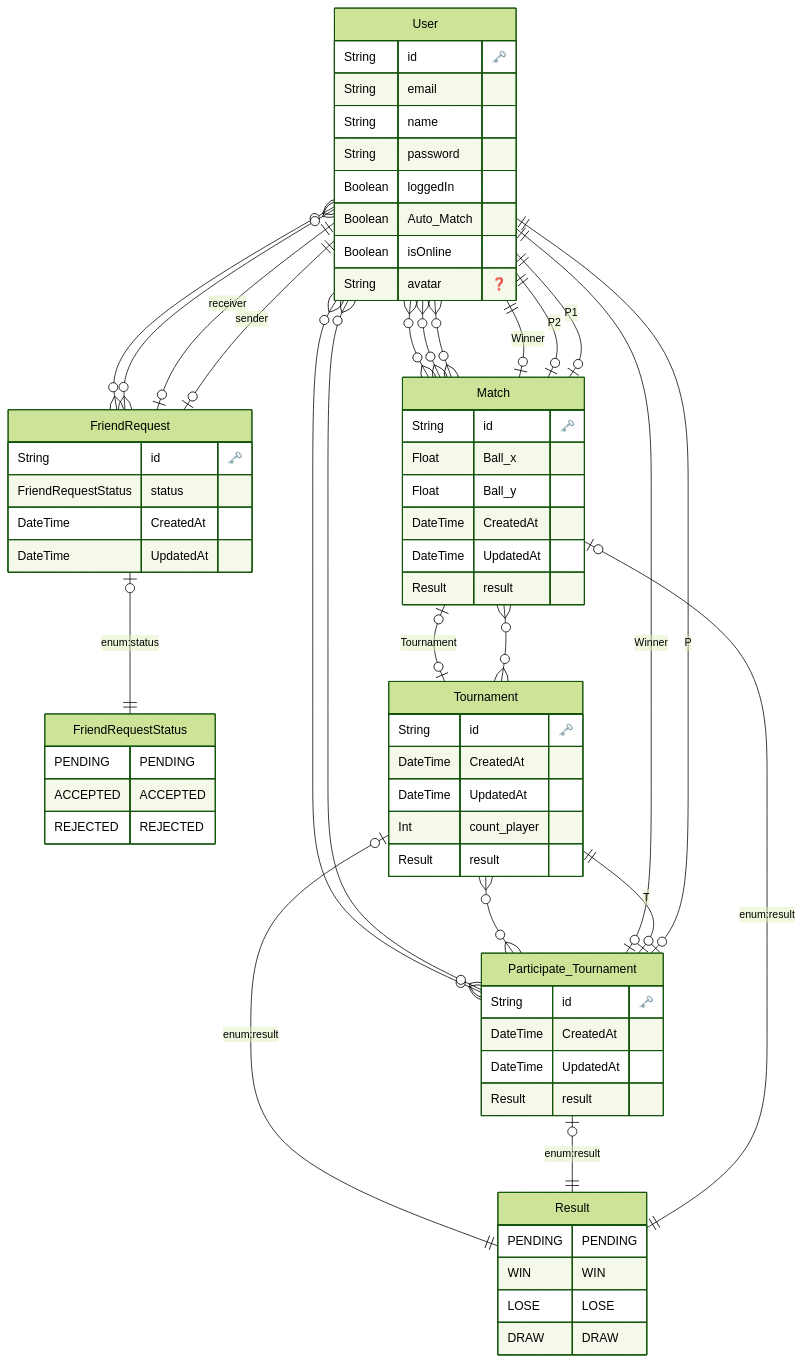
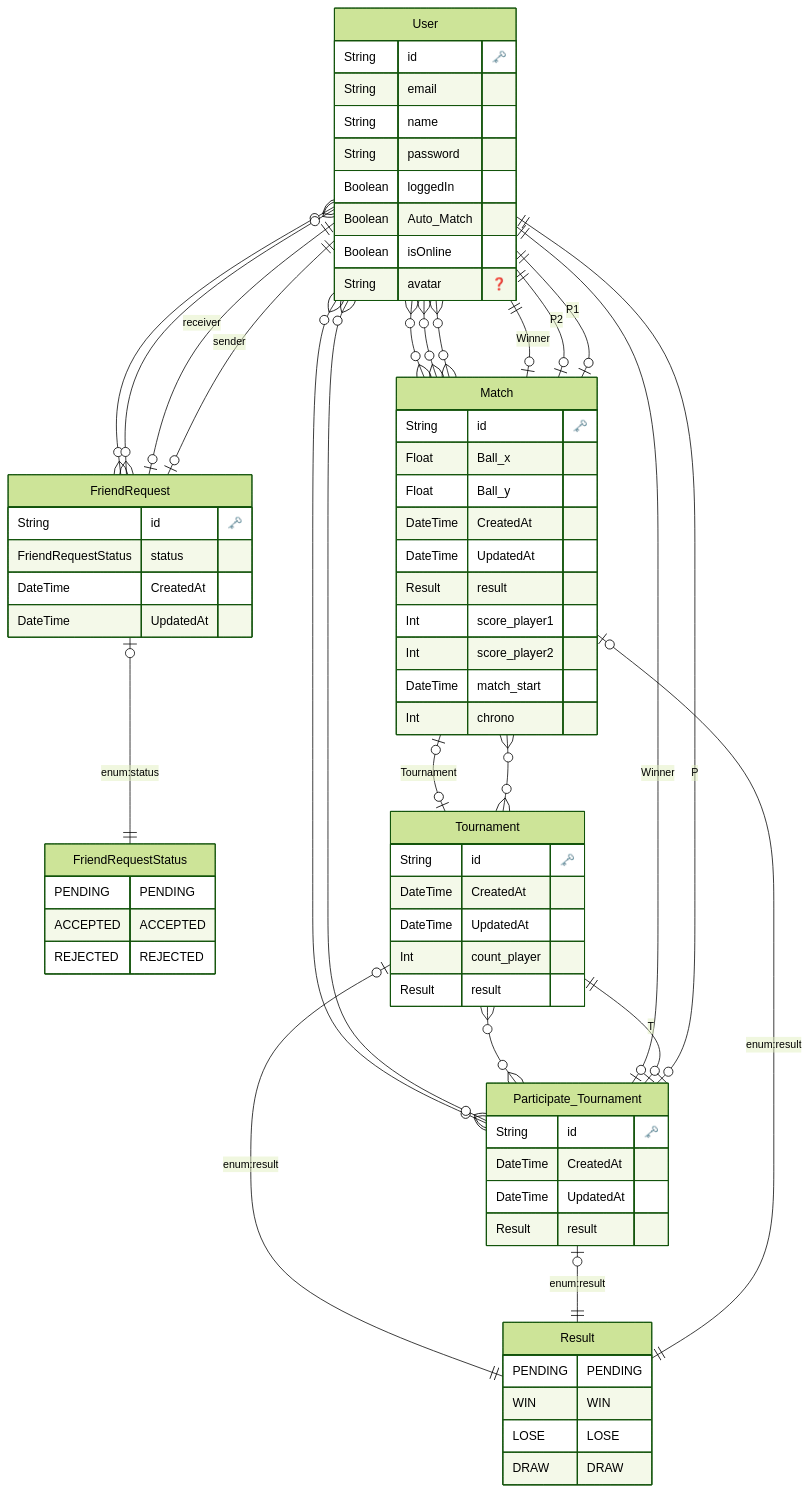
The diagram in services/auth-service/prisma/ERD/diagram.md (ElyWacime/ft_transcendence), drawn with Mermaid (forest theme) before and after one commit. The commit also changed 3 other files, not shown here.

```diff
--- a/services/auth-service/prisma/ERD/diagram.md
+++ b/services/auth-service/prisma/ERD/diagram.md
@@ -60,6 +60,10 @@
     DateTime CreatedAt 
     DateTime UpdatedAt 
     Result result 
+    Int score_player1 
+    Int score_player2 
+    DateTime match_start 
+    Int chrono 
     }
   
     "User" o{--}o "FriendRequest" : ""
```
